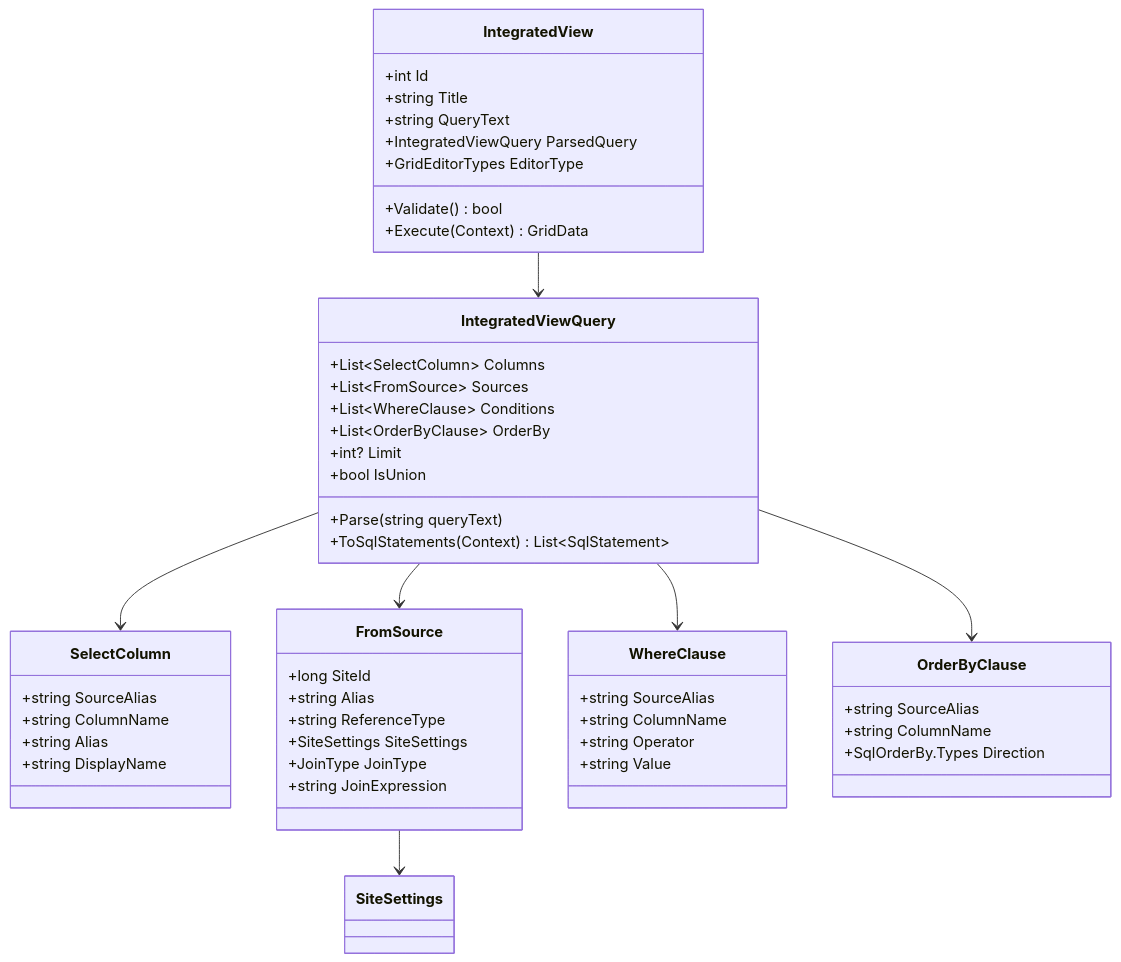
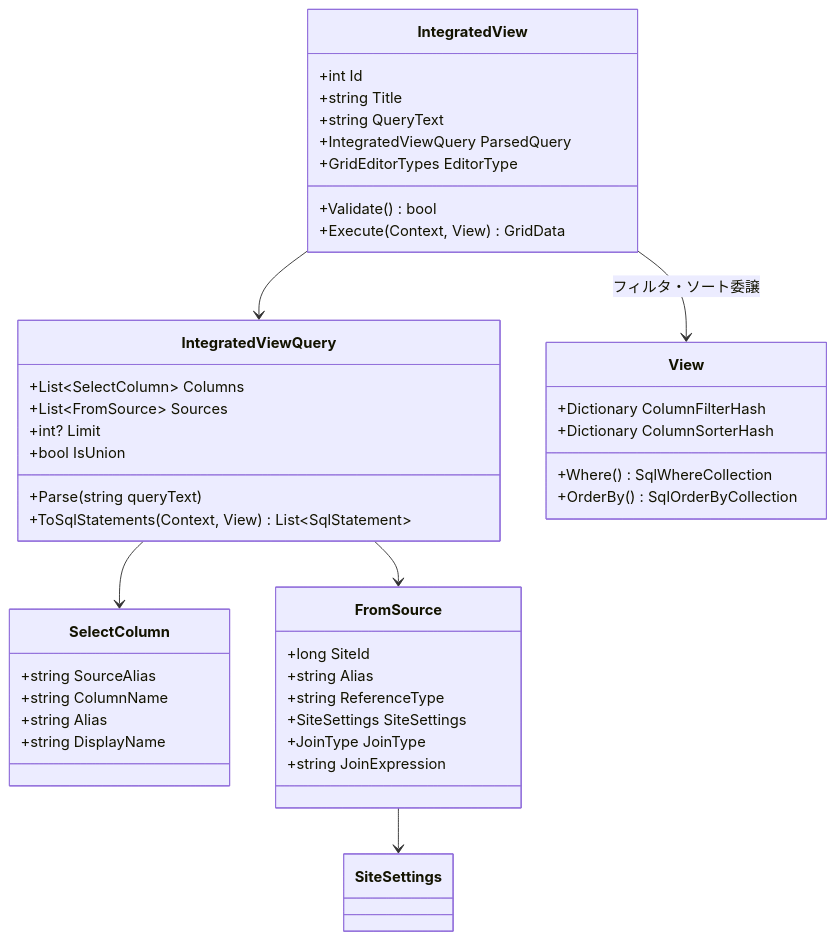
Before and after one commit to vehiclevisionjp/VehicleVision.Pleasanter.ResearchDocuments: the fifth of 9 diagrams in docs/research/06-一覧・ビュー/007-複数テーブル統合ビュー.md, drawn with Mermaid. The commit also changed other lines of this file, not shown here.

Commit message:
docs: EFCore等ライブラリ検討セクション追加、フィルタ・ソートを既存View UI流用に変更

````diff
--- a/docs/research/06-一覧・ビュー/007-複数テーブル統合ビュー.md
+++ b/docs/research/06-一覧・ビュー/007-複数テーブル統合ビュー.md
@@ -389,59 +594,50 @@
 ```mermaid
 classDiagram
     class IntegratedView {
         +int Id
         +string Title
         +string QueryText
         +IntegratedViewQuery ParsedQuery
         +GridEditorTypes EditorType
         +Validate() bool
-        +Execute(Context) GridData
+        +Execute(Context, View) GridData
     }
 
     class IntegratedViewQuery {
         +List~SelectColumn~ Columns
         +List~FromSource~ Sources
-        +List~WhereClause~ Conditions
-        +List~OrderByClause~ OrderBy
         +int? Limit
         +bool IsUnion
         +Parse(string queryText)
-        +ToSqlStatements(Context) List~SqlStatement~
+        +ToSqlStatements(Context, View) List~SqlStatement~
     }
 
     class SelectColumn {
         +string SourceAlias
         +string ColumnName
         +string Alias
         +string DisplayName
     }
 
     class FromSource {
         +long SiteId
         +string Alias
         +string ReferenceType
         +SiteSettings SiteSettings
         +JoinType JoinType
         +string JoinExpression
     }
 
-    class WhereClause {
-        +string SourceAlias
-        +string ColumnName
-        +string Operator
-        +string Value
-    }
-
-    class OrderByClause {
-        +string SourceAlias
-        +string ColumnName
-        +SqlOrderBy.Types Direction
+    class View {
+        +Dictionary ColumnFilterHash
+        +Dictionary ColumnSorterHash
+        +Where() SqlWhereCollection
+        +OrderBy() SqlOrderByCollection
     }
 
     IntegratedView --> IntegratedViewQuery
+    IntegratedView --> View : フィルタ・ソート委譲
     IntegratedViewQuery --> SelectColumn
     IntegratedViewQuery --> FromSource
-    IntegratedViewQuery --> WhereClause
-    IntegratedViewQuery --> OrderByClause
     FromSource --> SiteSettings
 ```
````
